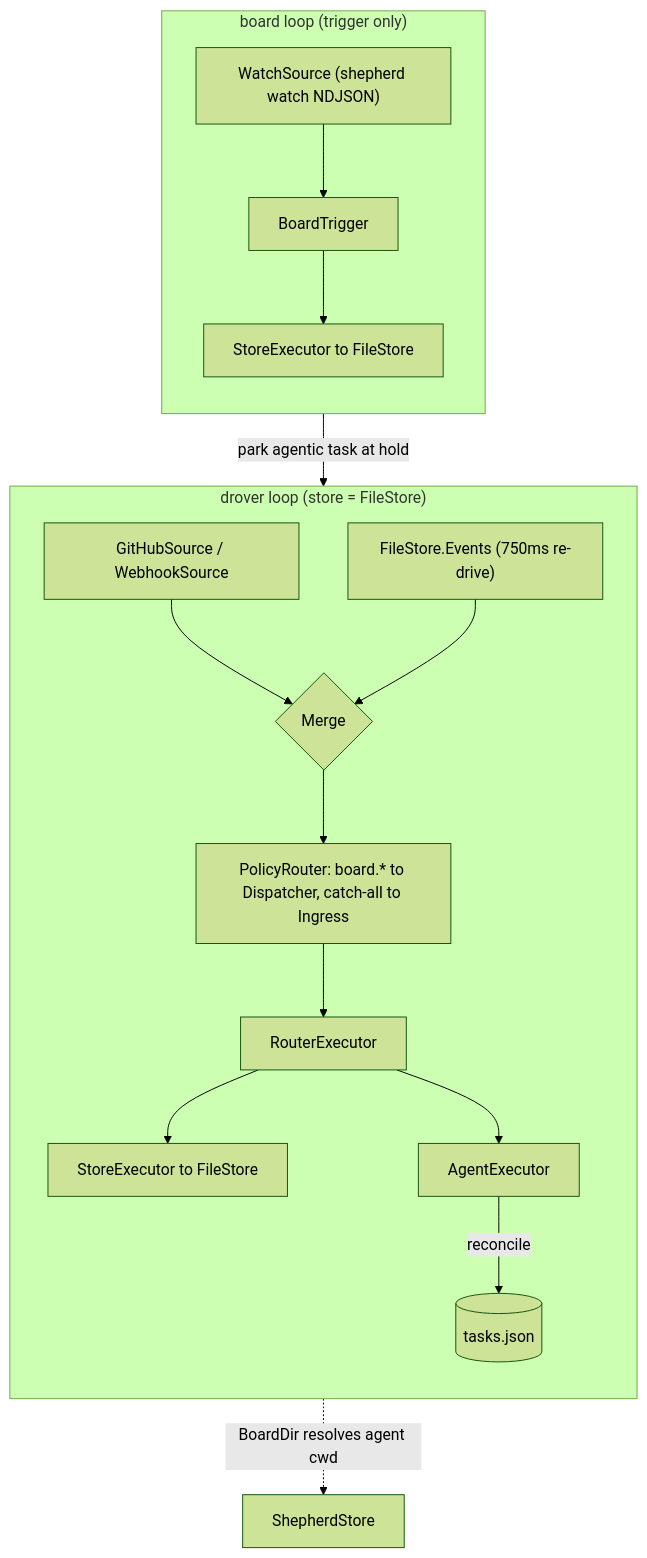
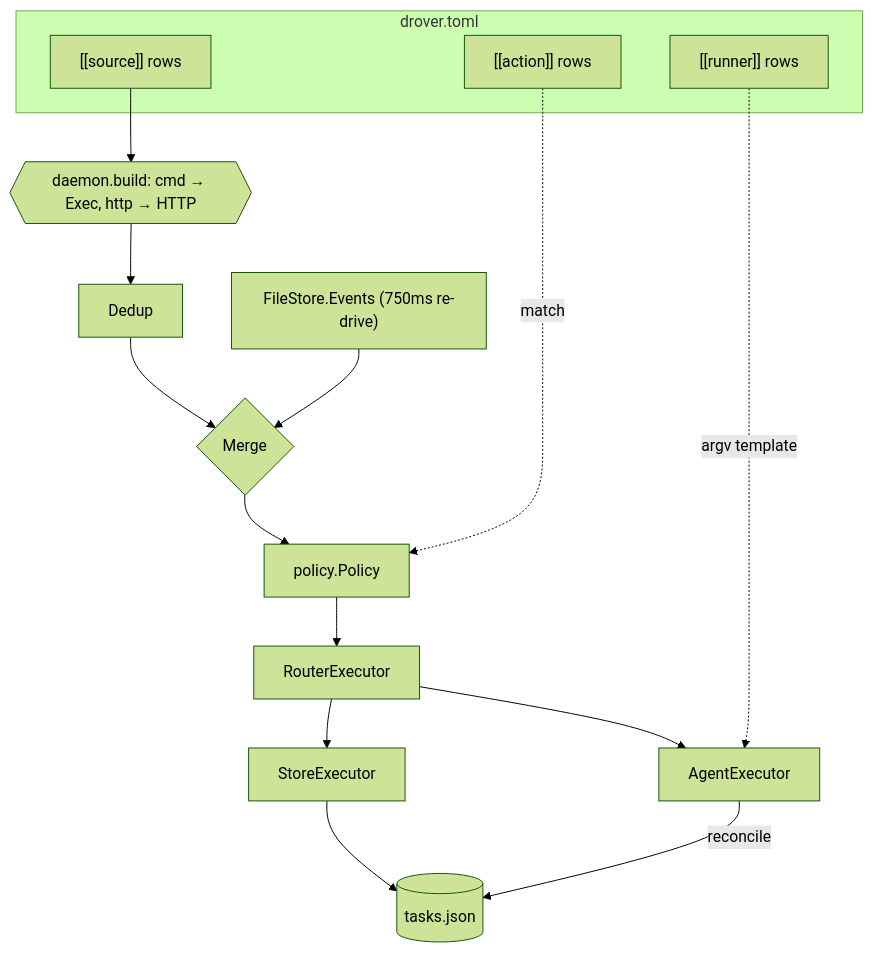
Before and after one commit to jwarykowski/drover: the third of 4 diagrams in docs/architecture.md, drawn with Mermaid (forest theme). The commit also changed other lines of this file and 17 other files, not shown here.

First line of the commit message:
refactor: rename agent config concept to runner; CLI/TUI/docs

````diff
--- a/docs/architecture.md
+++ b/docs/architecture.md
@@ -88,22 +111,21 @@
 ```mermaid
 flowchart TB
-    subgraph drvLoop["drover loop  (store = FileStore)"]
-        direction TB
-        GH["GitHubSource / WebhookSource"] --> M{Merge}
-        FSsrc["FileStore.Events (750ms re-drive)"] --> M
-        M --> PR["PolicyRouter: board.* to Dispatcher, catch-all to Ingress"]
-        PR --> RX1[RouterExecutor]
-        RX1 --> SE1["StoreExecutor to FileStore"]
-        RX1 --> AE1[AgentExecutor]
-        AE1 -->|reconcile| FSstore[(tasks.json)]
+    subgraph cfg["drover.toml"]
+        SRC["[[source]] rows"]
+        AGT["[[runner]] rows"]
+        ACT["[[action]] rows"]
     end
 
-    subgraph shepLoop["board loop  (trigger only)"]
-        direction TB
-        WS["WatchSource (shepherd watch NDJSON)"] --> BT[BoardTrigger]
-        BT --> SE2["StoreExecutor to FileStore"]
-    end
-
-    SE2 -->|park agentic task at hold| FSstore
-    AE1 -. "BoardDir resolves agent cwd" .-> SHhandle[ShepherdStore]
+    SRC --> B{{"daemon.build: cmd → Exec, http → HTTP"}}
+    B --> D1[Dedup]
+    D1 --> M{Merge}
+    RD["FileStore.Events (750ms re-drive)"] --> M
+    M --> P["policy.Policy"]
+    ACT -.->|match| P
+    P --> RX[RouterExecutor]
+    RX --> SE[StoreExecutor]
+    RX --> AE[AgentExecutor]
+    AGT -.->|argv template| AE
+    SE --> TJ[(tasks.json)]
+    AE -->|reconcile| TJ
 ```
````
